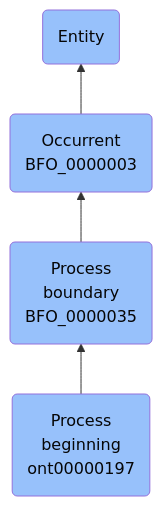
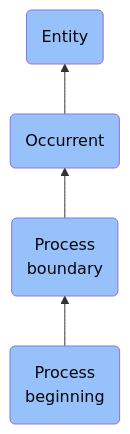
Before and after one commit to jupyter-naas/abi: the diagram in docs/ontology/reference/model/Entity/Occurrent/Process boundary/Process beginning/Process beginning.md, drawn with Mermaid. The commit also changed other lines of this file and 1430 other files, not shown here.

````diff
--- a/docs/ontology/reference/model/Entity/Occurrent/Process boundary/Process beginning/Process beginning.md
+++ b/docs/ontology/reference/model/Entity/Occurrent/Process boundary/Process beginning/Process beginning.md
@@ -24,11 +24,11 @@
 ```mermaid
 graph BT
-    ont00000197(Process<br>beginning<br>ont00000197):::BFO-->BFO_0000035
-    BFO_0000035(Process<br>boundary<br>BFO_0000035):::BFO-->BFO_0000003
-    BFO_0000003(Occurrent<br>BFO_0000003):::BFO-->BFO_0000001
+    ont00000197(Process<br>beginning):::BFO-->BFO_0000035
+    BFO_0000035(Process<br>boundary):::BFO-->BFO_0000003
+    BFO_0000003(Occurrent):::BFO-->BFO_0000001
     BFO_0000001(Entity):::BFO
     
     classDef BFO fill:#97c1fb,color:#060606
     classDef CCO fill:#e4c51e,color:#060606
     classDef ABI fill:#48DD82,color:#060606
 ```
````
